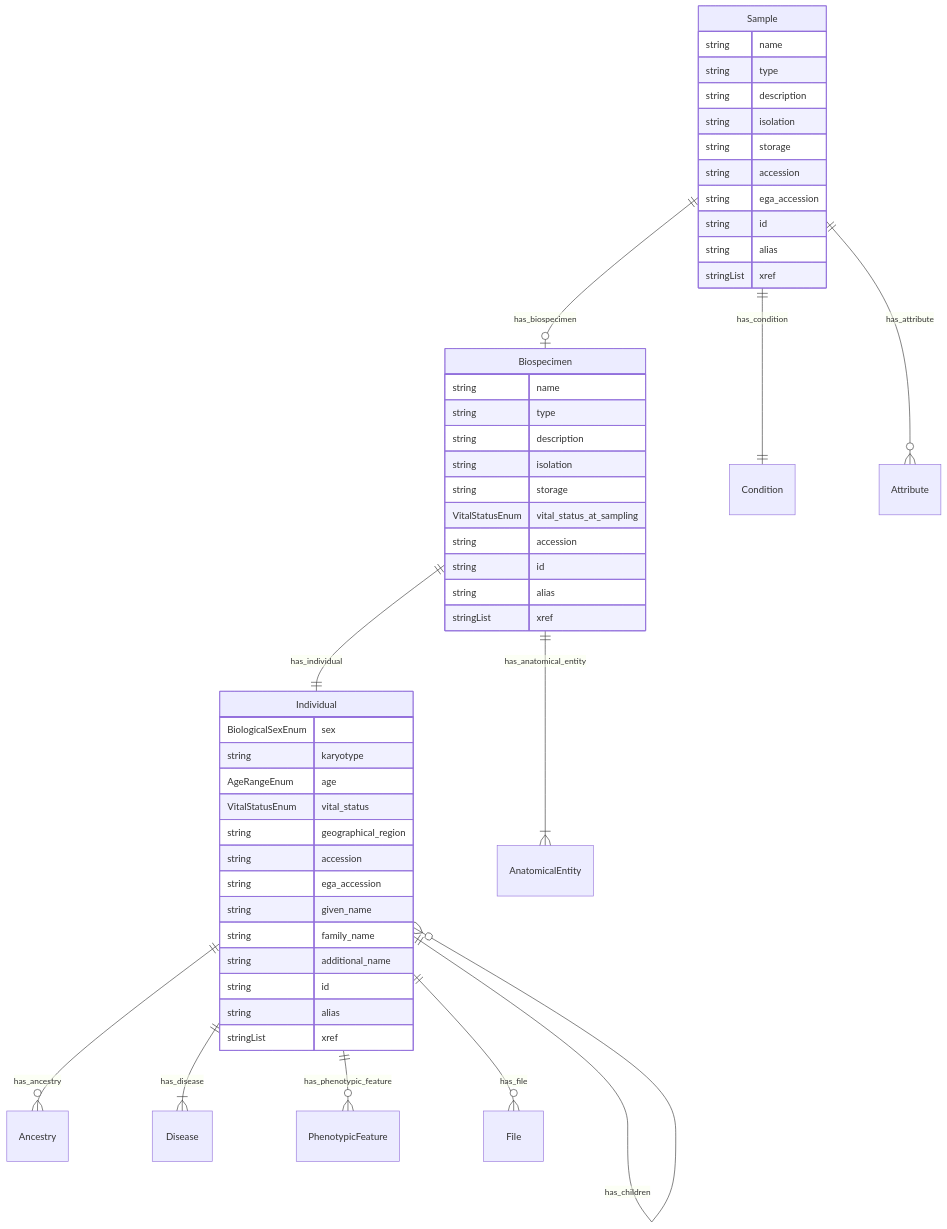
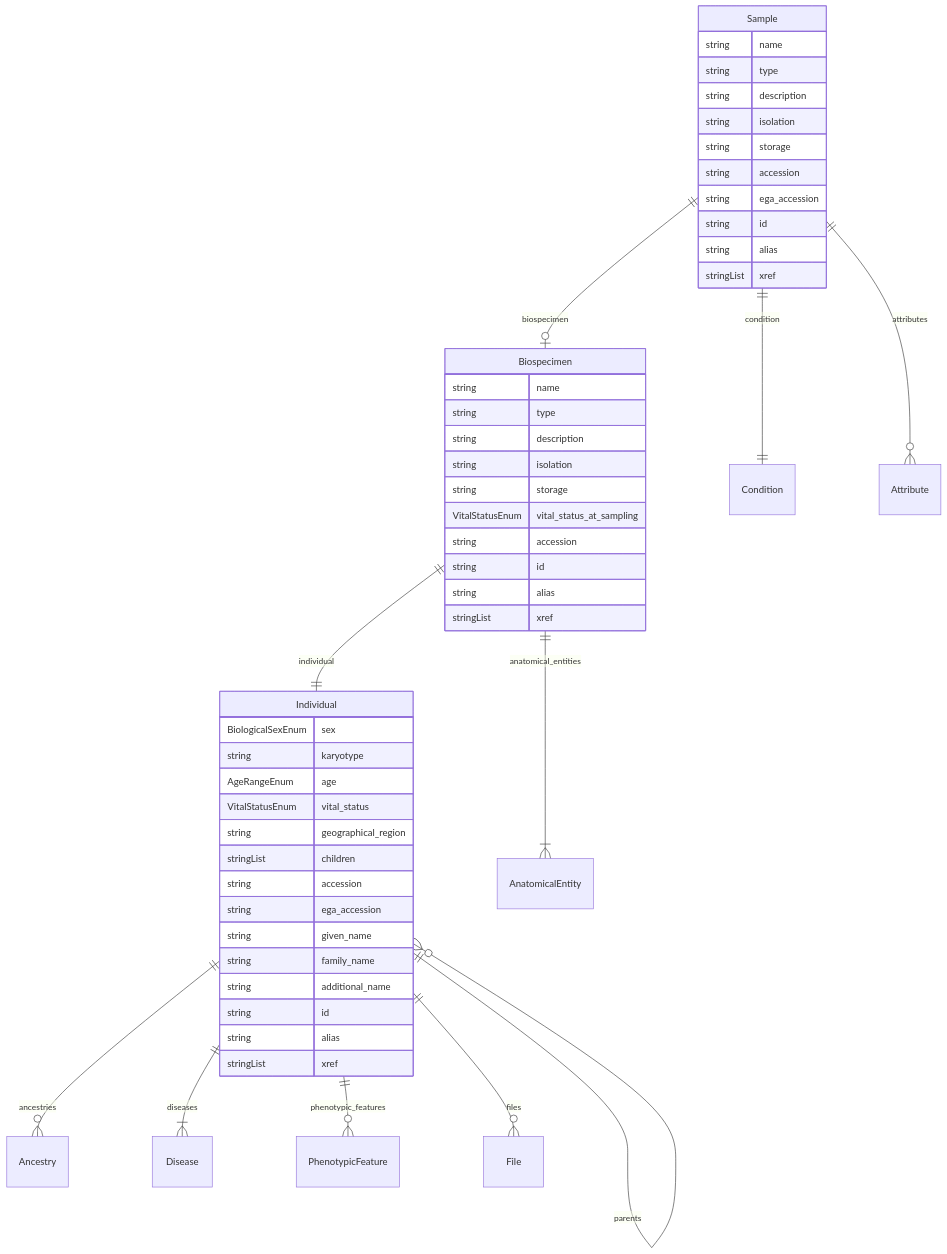
Before and after one commit to ghga-de/ghga-metadata-schema: the fifth of 7 diagrams in docs/entity_relations.md, drawn with Mermaid. The commit also changed other lines of this file and 208 other files, not shown here.

````diff
--- a/docs/entity_relations.md
+++ b/docs/entity_relations.md
@@ -241,55 +235,55 @@
 ```mermaid
 erDiagram
 Individual {
     BiologicalSexEnum sex  
     string karyotype  
     AgeRangeEnum age  
     VitalStatusEnum vital_status  
     string geographical_region  
+    stringList children  
     string accession  
     string ega_accession  
     string given_name  
     string family_name  
     string additional_name  
     string id  
     string alias  
     stringList xref  
 }
 Biospecimen {
     string name  
     string type  
     string description  
     string isolation  
     string storage  
     VitalStatusEnum vital_status_at_sampling  
     string accession  
     string id  
     string alias  
     stringList xref  
 }
 Sample {
     string name  
     string type  
     string description  
     string isolation  
     string storage  
     string accession  
     string ega_accession  
     string id  
     string alias  
     stringList xref  
 }
 
-Individual ||--}o Ancestry : "has_ancestry"
-Individual ||--}o Individual : "has_parent"
-Individual ||--}o Individual : "has_children"
-Individual ||--}| Disease : "has_disease"
-Individual ||--}o PhenotypicFeature : "has_phenotypic_feature"
-Individual ||--}o File : "has_file"
-Biospecimen ||--|| Individual : "has_individual"
-Biospecimen ||--}| AnatomicalEntity : "has_anatomical_entity"
-Sample ||--|o Biospecimen : "has_biospecimen"
-Sample ||--|| Condition : "has_condition"
-Sample ||--}o Attribute : "has_attribute"
+Individual ||--}o Ancestry : "ancestries"
+Individual ||--}o Individual : "parents"
+Individual ||--}| Disease : "diseases"
+Individual ||--}o PhenotypicFeature : "phenotypic_features"
+Individual ||--}o File : "files"
+Biospecimen ||--|| Individual : "individual"
+Biospecimen ||--}| AnatomicalEntity : "anatomical_entities"
+Sample ||--|o Biospecimen : "biospecimen"
+Sample ||--|| Condition : "condition"
+Sample ||--}o Attribute : "attributes"
 
 ```
````
